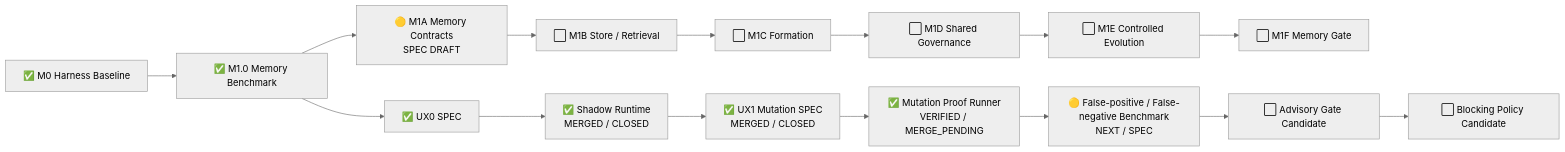
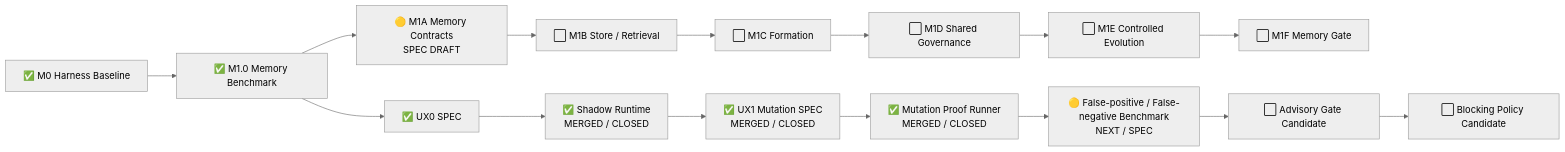
One commit to lsq1030757028/Pytest-playwright-e2e changed the diagram in docs/implementation-status.md. Above: the diagram before and after it, drawn with Mermaid (neutral theme). The commit also changed other lines of this file and 5 other files, not shown here.

First line of the commit message:
Close UX1 TodoMVC Mutation Proof Runner delivery (#38)

````diff
--- a/docs/implementation-status.md
+++ b/docs/implementation-status.md
@@ -54,19 +56,19 @@
 ```mermaid
 flowchart LR
     A[✅ M0 Harness Baseline]
     --> B[✅ M1.0 Memory Benchmark]
     --> C[🟡 M1A Memory Contracts<br/>SPEC DRAFT]
     --> D[⬜ M1B Store / Retrieval]
     --> E[⬜ M1C Formation]
     --> F[⬜ M1D Shared Governance]
     --> G[⬜ M1E Controlled Evolution]
     --> H[⬜ M1F Memory Gate]
 
     B --> U1[✅ UX0 SPEC]
     U1 --> U2[✅ Shadow Runtime<br/>MERGED / CLOSED]
     U2 --> U3[✅ UX1 Mutation SPEC<br/>MERGED / CLOSED]
-    U3 --> U4[✅ Mutation Proof Runner<br/>VERIFIED / MERGE_PENDING]
+    U3 --> U4[✅ Mutation Proof Runner<br/>MERGED / CLOSED]
     U4 --> U5[🟡 False-positive / False-negative Benchmark<br/>NEXT / SPEC]
     U5 --> U6[⬜ Advisory Gate Candidate]
     U6 --> U7[⬜ Blocking Policy Candidate]
 ```
````
